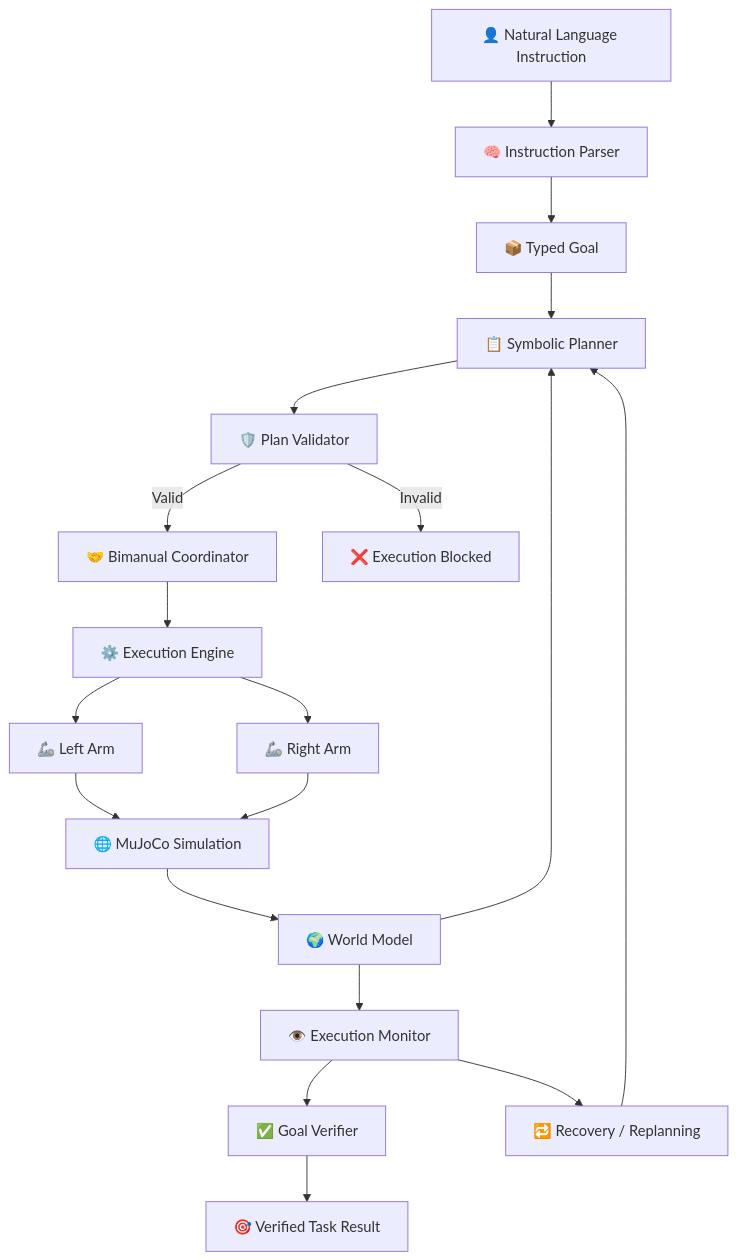
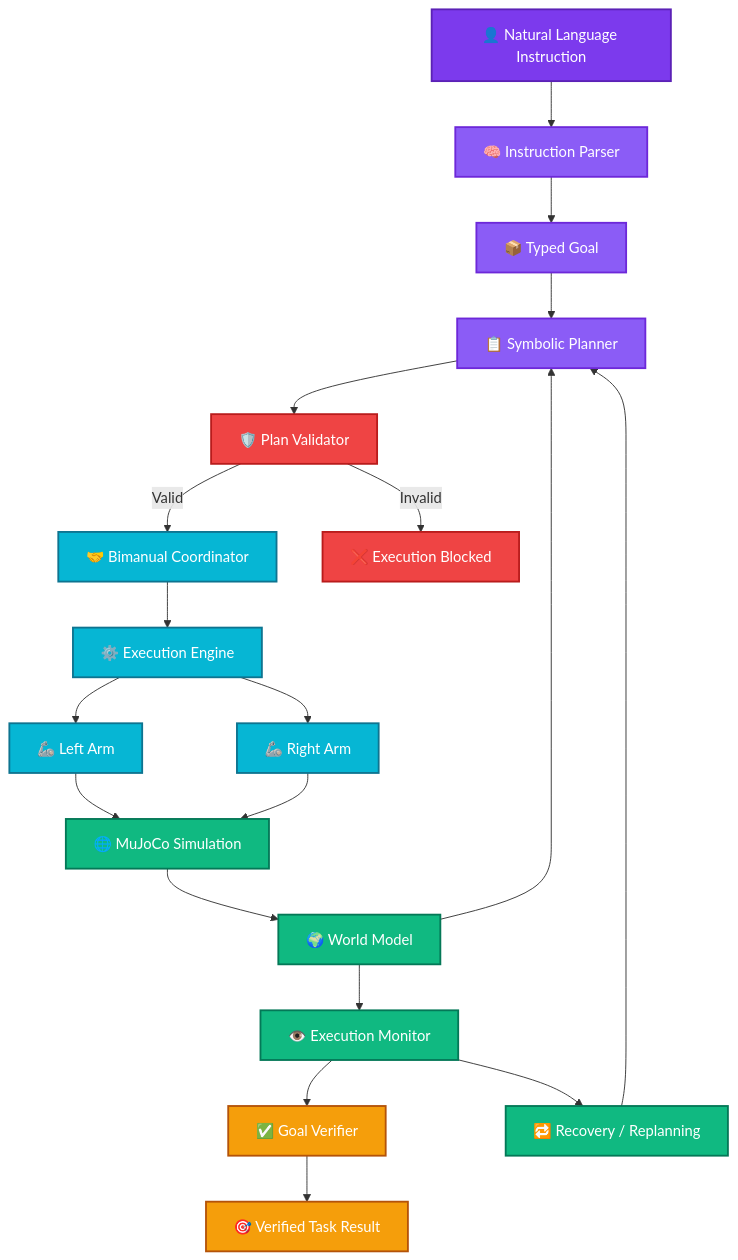
Before and after one commit to builtbyrehan/taskforge-vla: the first of 2 diagrams in README.md, drawn with Mermaid. The commit also changed other lines of this file, not shown here.

````diff
--- a/README.md
+++ b/README.md
@@ -163,49 +173,63 @@
 ```mermaid
 flowchart TD
 
     USER["👤 Natural Language Instruction"]
 
     PARSER["🧠 Instruction Parser"]
     GOAL["📦 Typed Goal"]
     PLANNER["📋 Symbolic Planner"]
     VALIDATOR["🛡️ Plan Validator"]
     COORD["🤝 Bimanual Coordinator"]
     EXECUTOR["⚙️ Execution Engine"]
 
     LEFT["🦾 Left Arm"]
     RIGHT["🦾 Right Arm"]
 
     SIM["🌐 MuJoCo Simulation"]
     WORLD["🌍 World Model"]
     MONITOR["👁️ Execution Monitor"]
     RECOVERY["🔁 Recovery / Replanning"]
     VERIFY["✅ Goal Verifier"]
 
     USER --> PARSER
     PARSER --> GOAL
     GOAL --> PLANNER
     WORLD --> PLANNER
 
     PLANNER --> VALIDATOR
 
     VALIDATOR -->|Valid| COORD
     VALIDATOR -->|Invalid| STOP["❌ Execution Blocked"]
 
     COORD --> EXECUTOR
 
     EXECUTOR --> LEFT
     EXECUTOR --> RIGHT
 
     LEFT --> SIM
     RIGHT --> SIM
 
     SIM --> WORLD
     WORLD --> MONITOR
 
     MONITOR --> VERIFY
     MONITOR --> RECOVERY
 
     RECOVERY --> PLANNER
 
     VERIFY --> RESULT["🎯 Verified Task Result"]
+
+    classDef human fill:#7C3AED,stroke:#5B21B6,color:#fff,stroke-width:2px
+    classDef ai fill:#8B5CF6,stroke:#6D28D9,color:#fff,stroke-width:2px
+    classDef guard fill:#EF4444,stroke:#B91C1C,color:#fff,stroke-width:2px
+    classDef robot fill:#06B6D4,stroke:#0E7490,color:#fff,stroke-width:2px
+    classDef world fill:#10B981,stroke:#047857,color:#fff,stroke-width:2px
+    classDef result fill:#F59E0B,stroke:#B45309,color:#fff,stroke-width:2px
+
+    class USER human
+    class PARSER,GOAL,PLANNER ai
+    class VALIDATOR,STOP guard
+    class COORD,EXECUTOR,LEFT,RIGHT robot
+    class SIM,WORLD,MONITOR,RECOVERY world
+    class VERIFY,RESULT result
 ```
````
